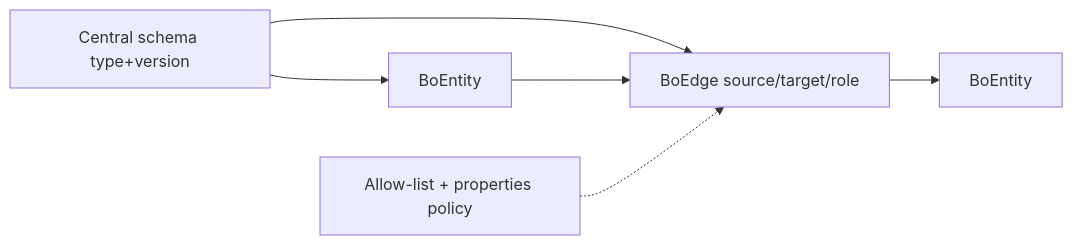
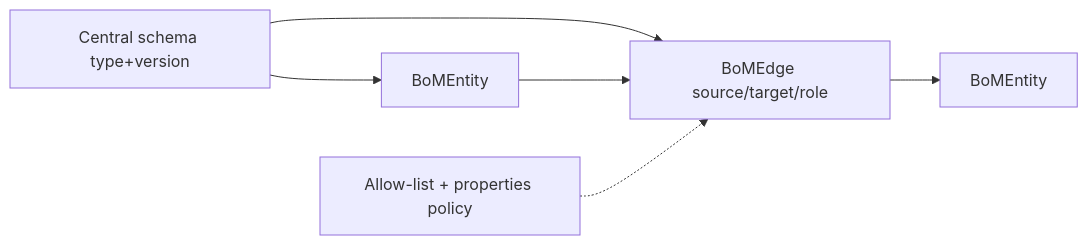
One commit to qpointz/objs changed the diagram in docs/design/graph/README.md. Above: the diagram before and after it, drawn with Mermaid. The commit also changed other lines of this file and 21 other files, not shown here.

````diff
--- a/docs/design/graph/README.md
+++ b/docs/design/graph/README.md
@@ -30,13 +30,13 @@
 ```mermaid
 flowchart LR
   schema["Central schema type+version"]
-  entA["BoEntity"]
-  entB["BoEntity"]
-  edge["BoEdge source/target/role"]
+  entA["BoMEntity"]
+  entB["BoMEntity"]
+  edge["BoMEdge source/target/role"]
   allow["Allow-list + properties policy"]
   schema --> entA
   schema --> edge
   entA --> edge
   edge --> entB
   allow -.-> edge
 ```
````
